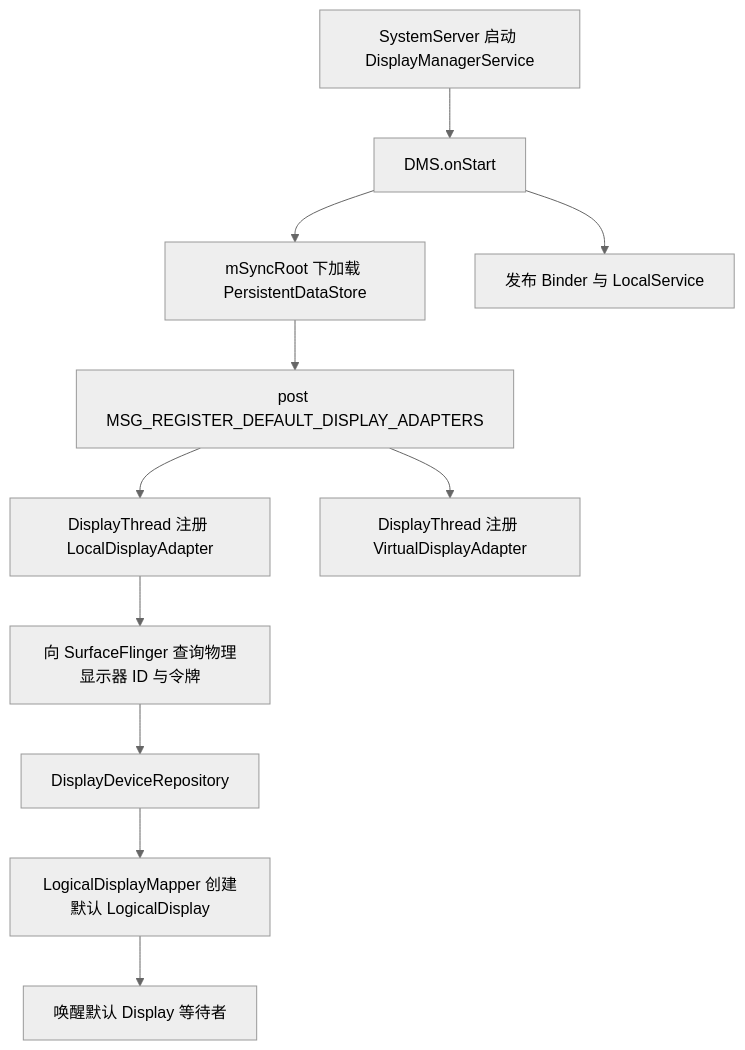
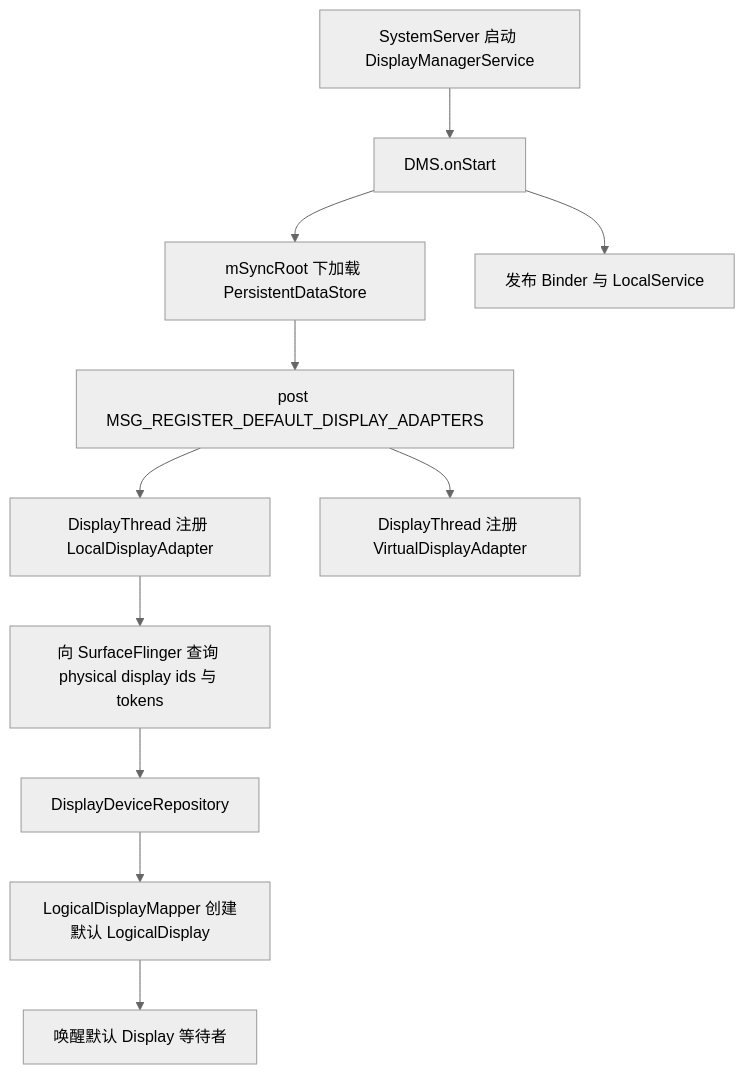
The first of 3 diagrams in src/part1-fundamentals/ch02-rendering/30-displaymanager-service-lifecycle.md (Gracker/android-internals-wiki), drawn with Mermaid (neutral theme) before and after one commit. The commit also changed other lines of this file, not shown here.

````diff
--- a/src/part1-fundamentals/ch02-rendering/30-displaymanager-service-lifecycle.md
+++ b/src/part1-fundamentals/ch02-rendering/30-displaymanager-service-lifecycle.md
@@ -86,13 +86,13 @@
 ```mermaid
 flowchart TD
     A["SystemServer 启动 DisplayManagerService"] --> B["DMS.onStart"]
     B --> C["mSyncRoot 下加载 PersistentDataStore"]
     C --> D["post MSG_REGISTER_DEFAULT_DISPLAY_ADAPTERS"]
     B --> E["发布 Binder 与 LocalService"]
     D --> F["DisplayThread 注册 LocalDisplayAdapter"]
     D --> G["DisplayThread 注册 VirtualDisplayAdapter"]
-    F --> H["向 SurfaceFlinger 查询物理显示器 ID 与令牌"]
+    F --> H["向 SurfaceFlinger 查询 physical display ids 与 tokens"]
     H --> I["DisplayDeviceRepository"]
     I --> J["LogicalDisplayMapper 创建默认 LogicalDisplay"]
     J --> K["唤醒默认 Display 等待者"]
 ```
````
